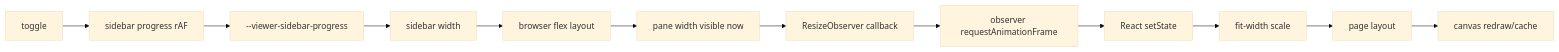
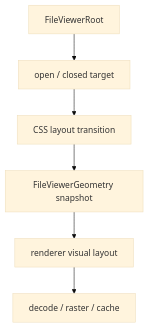
One commit to retab-dev/retab-ui changed the sixth of 22 diagrams in design/file-viewer-geometry-contract-blueprint.md. Above: the diagram before and after it, drawn with Mermaid (base theme). The commit also changed other lines of this file and 98 other files, not shown here.

````diff
--- a/design/file-viewer-geometry-contract-blueprint.md
+++ b/design/file-viewer-geometry-contract-blueprint.md
@@ -103,14 +200,15 @@
 ```mermaid
-flowchart LR
-  Toggle["toggle"] --> Progress["sidebar progress rAF"]
-  Progress --> CSSVar["--viewer-sidebar-progress"]
-  CSSVar --> SidebarWidth["sidebar width"]
-  SidebarWidth --> BrowserLayout["browser flex layout"]
-  BrowserLayout --> PaneWidth["pane width visible now"]
-  PaneWidth --> RO["ResizeObserver callback"]
-  RO --> Raf["observer requestAnimationFrame"]
-  Raf --> State["React setState"]
-  State --> Scale["fit-width scale"]
-  Scale --> Pages["page layout"]
-  Pages --> Canvas["canvas redraw/cache"]
+flowchart TB
+  Root["FileViewerRoot"]
+  State["open / closed target"]
+  CSS["CSS layout transition"]
+  Geometry["FileViewerGeometry snapshot"]
+  Renderer["renderer visual layout"]
+  Work["decode / raster / cache"]
+
+  Root --> State
+  State --> CSS
+  CSS --> Geometry
+  Geometry --> Renderer
+  Renderer --> Work
 ```
````
